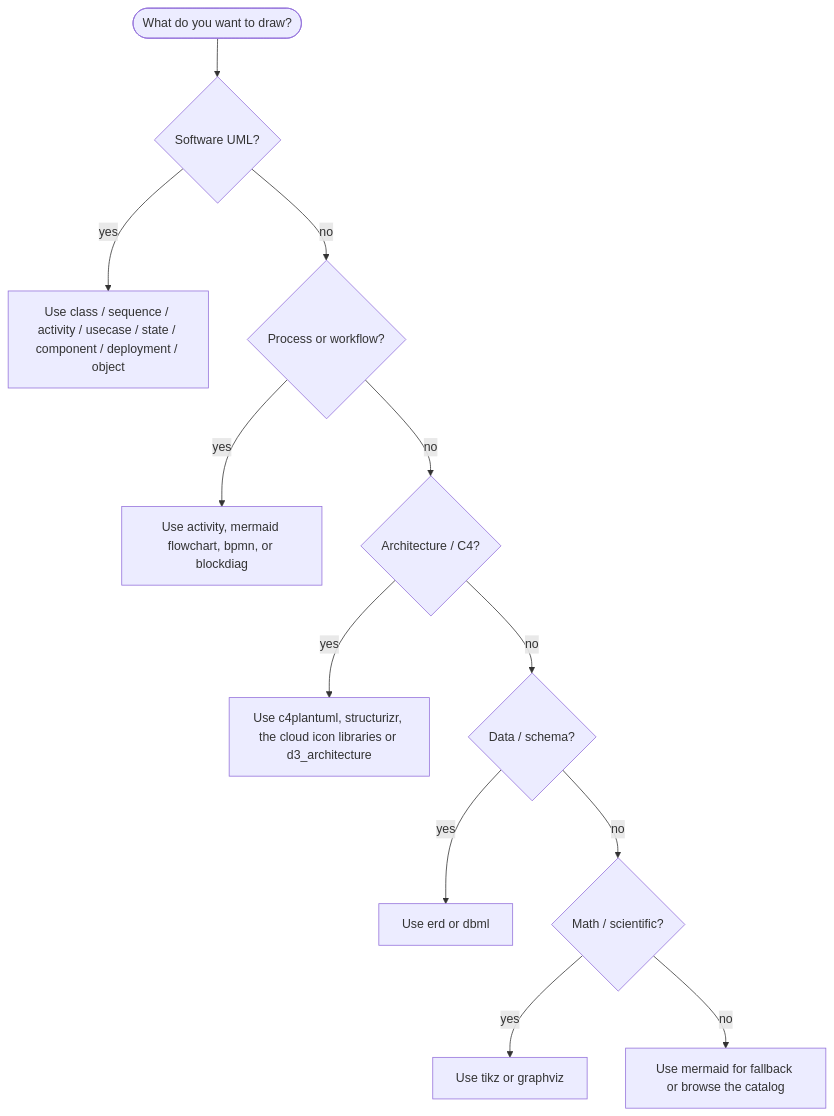
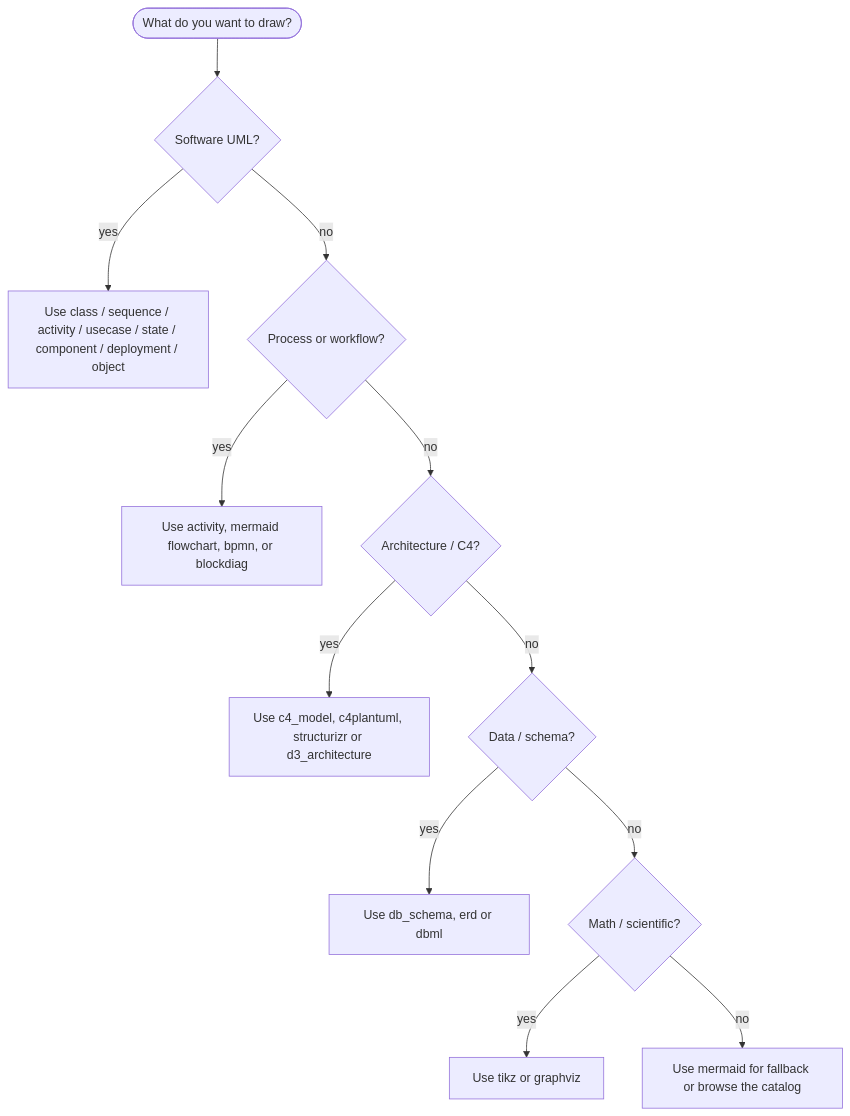
One commit to antoinebou12/uml-mcp changed the diagram in docs/diagrams/index.md. Above: the diagram before and after it, drawn with Mermaid. The commit also changed other lines of this file and 9 other files, not shown here.

````diff
--- a/docs/diagrams/index.md
+++ b/docs/diagrams/index.md
@@ -119,14 +131,14 @@
 ```mermaid
 flowchart TD
     Start([What do you want to draw?]) --> Q1{Software UML?}
     Q1 -- yes --> UML[Use class / sequence / activity / usecase / state / component / deployment / object]
     Q1 -- no  --> Q2{Process or workflow?}
     Q2 -- yes --> Proc[Use activity, mermaid flowchart, bpmn, or blockdiag]
     Q2 -- no  --> Q3{Architecture / C4?}
-    Q3 -- yes --> Arch[Use c4plantuml, structurizr, the cloud icon libraries or d3_architecture]
+    Q3 -- yes --> Arch[Use c4_model, c4plantuml, structurizr or d3_architecture]
     Q3 -- no  --> Q4{Data / schema?}
-    Q4 -- yes --> Data[Use erd or dbml]
+    Q4 -- yes --> Data[Use db_schema, erd or dbml]
     Q4 -- no  --> Q5{Math / scientific?}
     Q5 -- yes --> Sci[Use tikz or graphviz]
     Q5 -- no  --> Other[Use mermaid for fallback or browse the catalog]
 ```
````
